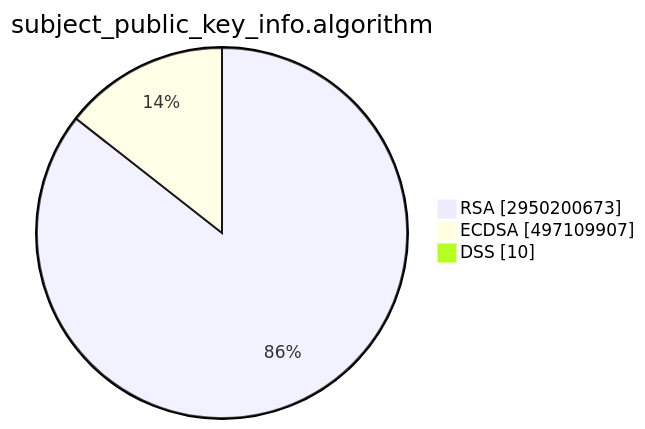
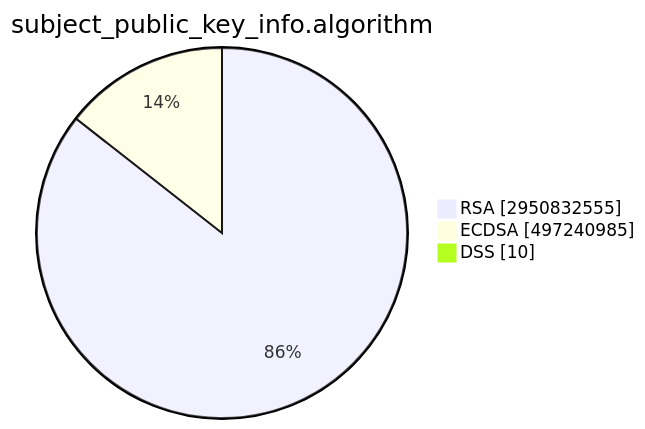
Before and after one commit to christiankrug/ctmonitor_visualization: the second of 15 diagrams in TOTAL/README.md, drawn with Mermaid. The commit also changed other lines of this file, not shown here.

````diff
--- a/TOTAL/README.md
+++ b/TOTAL/README.md
@@ -6,7 +6,7 @@
 ```mermaid
 pie showData
 title subject_public_key_info.algorithm
-"RSA" :2950200673
-"ECDSA" :497109907
+"RSA" :2950832555
+"ECDSA" :497240985
 "DSS" :10
 ```
````
